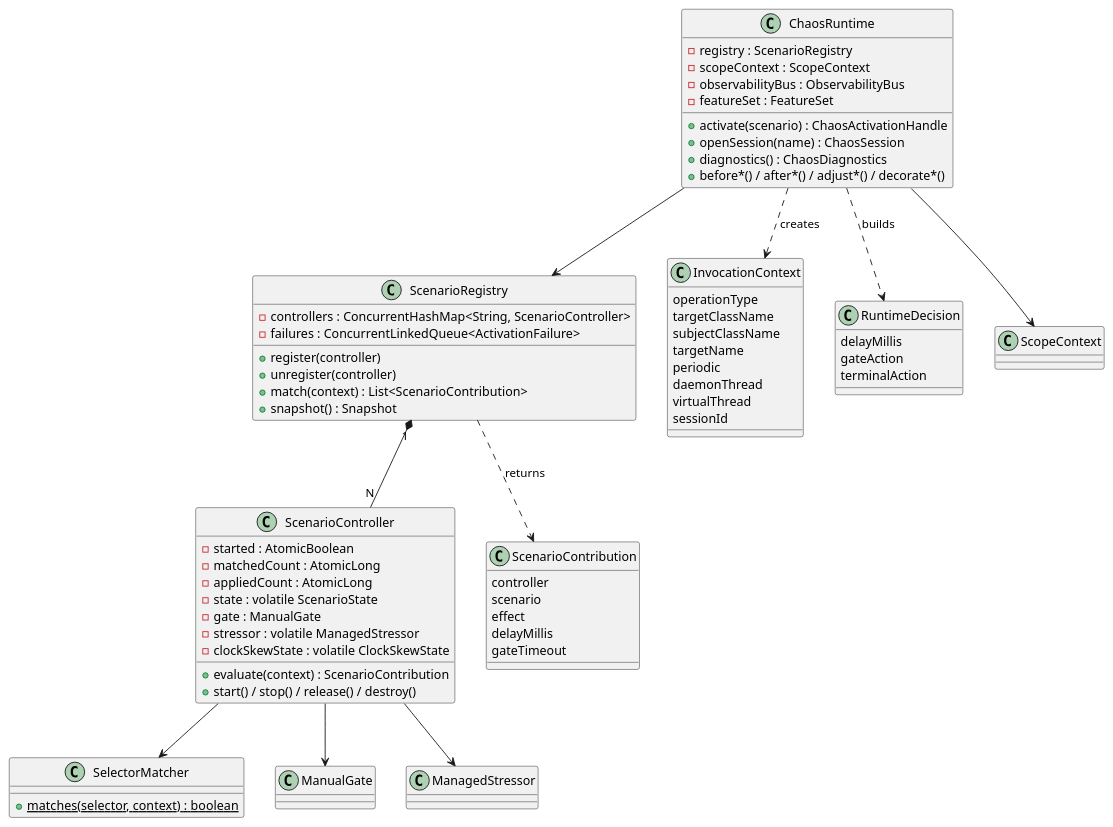
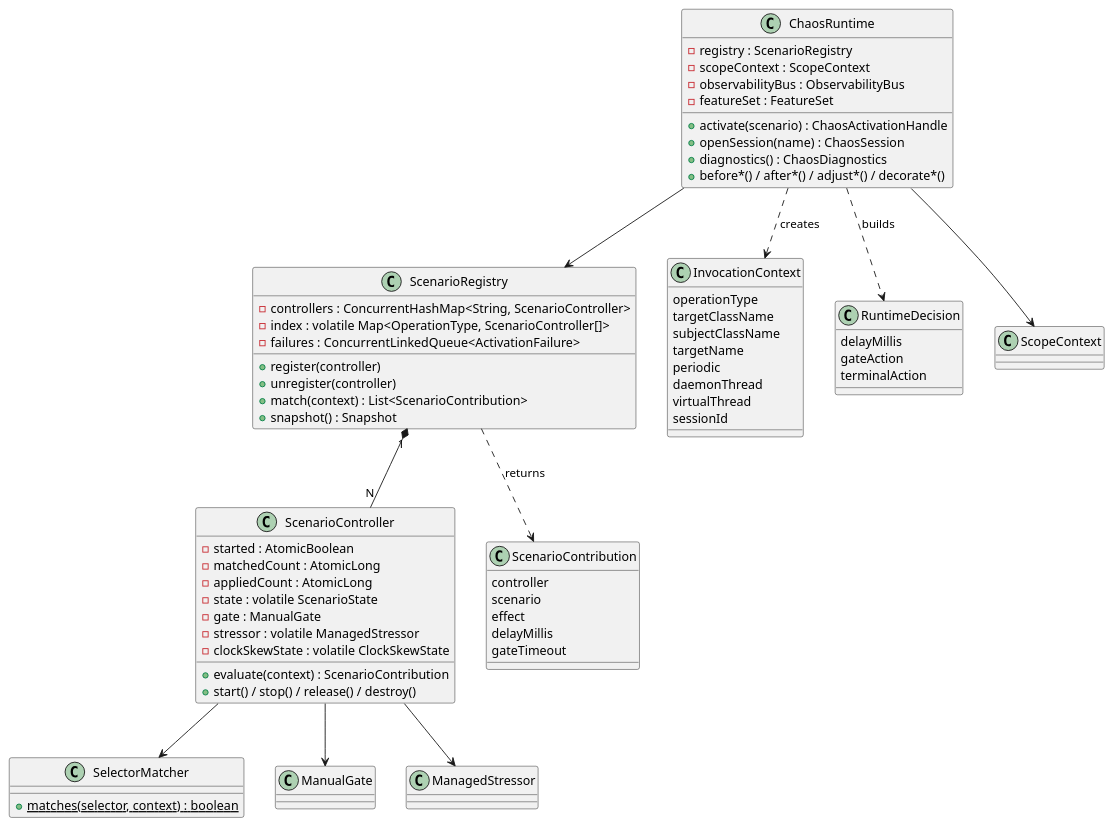
One commit to macstab/macstab-chaos-jvm-agent changed the first of 2 diagrams in docs/core.md. Above: the diagram before and after it, drawn with PlantUML. The commit also changed other lines of this file and 10 other files, not shown here.

````diff
--- a/docs/core.md
+++ b/docs/core.md
@@ -230,74 +236,75 @@
 ```plantuml
 @startuml
 class ChaosRuntime {
   +activate(scenario) : ChaosActivationHandle
   +openSession(name) : ChaosSession
   +diagnostics() : ChaosDiagnostics
   +before*() / after*() / adjust*() / decorate*()
   -registry : ScenarioRegistry
   -scopeContext : ScopeContext
   -observabilityBus : ObservabilityBus
   -featureSet : FeatureSet
 }
 
 class ScenarioRegistry {
   +register(controller)
   +unregister(controller)
   +match(context) : List<ScenarioContribution>
   +snapshot() : Snapshot
   -controllers : ConcurrentHashMap<String, ScenarioController>
+  -index : volatile Map<OperationType, ScenarioController[]>
   -failures : ConcurrentLinkedQueue<ActivationFailure>
 }
 
 class ScenarioController {
   +evaluate(context) : ScenarioContribution
   +start() / stop() / release() / destroy()
   -started : AtomicBoolean
   -matchedCount : AtomicLong
   -appliedCount : AtomicLong
   -state : volatile ScenarioState
   -gate : ManualGate
   -stressor : volatile ManagedStressor
   -clockSkewState : volatile ClockSkewState
 }
 
 class SelectorMatcher {
   +{static} matches(selector, context) : boolean
 }
 
 class InvocationContext {
   operationType
   targetClassName
   subjectClassName
   targetName
   periodic
   daemonThread
   virtualThread
   sessionId
 }
 
 class RuntimeDecision {
   delayMillis
   gateAction
   terminalAction
 }
 
 class ScenarioContribution {
   controller
   scenario
   effect
   delayMillis
   gateTimeout
 }
 
 ChaosRuntime --> ScenarioRegistry
 ChaosRuntime --> ScopeContext
 ScenarioRegistry "1" *-- "N" ScenarioController
 ScenarioController --> SelectorMatcher
 ScenarioController --> ManualGate
 ScenarioController --> ManagedStressor
 ChaosRuntime ..> InvocationContext : creates
 ScenarioRegistry ..> ScenarioContribution : returns
 ChaosRuntime ..> RuntimeDecision : builds
 @enduml
 ```
````
